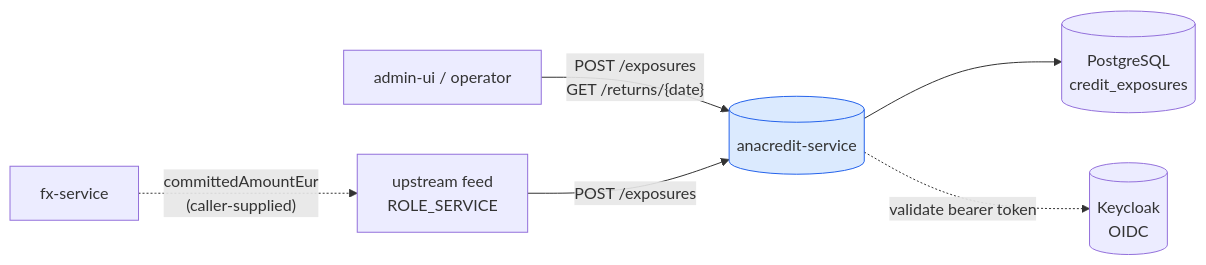
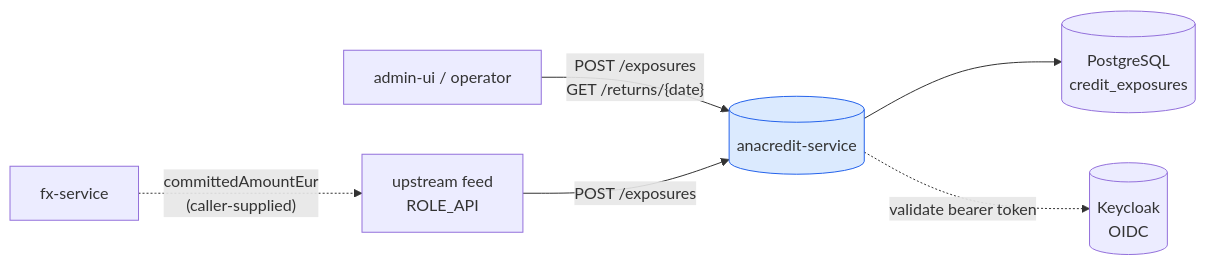
Before and after one commit to JiRaska/open-bank-oss: the first of 3 diagrams in openbank-anacredit-service/src/main/resources/docs/02-architecture.en.md, drawn with Mermaid. The commit also changed 141 other files, not shown here.

````diff
--- a/openbank-anacredit-service/src/main/resources/docs/02-architecture.en.md
+++ b/openbank-anacredit-service/src/main/resources/docs/02-architecture.en.md
@@ -5,18 +5,18 @@
 ```mermaid
 graph LR
   admin[admin-ui / operator]
-  feed[upstream feed<br/>ROLE_SERVICE]
+  feed[upstream feed<br/>ROLE_API]
   fx[fx-service]
 
   ana[(anacredit-service)]:::svc
   store[(PostgreSQL<br/>credit_exposures)]
   kc[(Keycloak<br/>OIDC)]
 
   admin -- "POST /exposures<br/>GET /returns/{date}" --> ana
   feed -- "POST /exposures" --> ana
   fx -. "committedAmountEur<br/>(caller-supplied)" .-> feed
   ana --> store
   ana -. "validate bearer token" .-> kc
 
   classDef svc fill:#dbeafe,stroke:#2563eb
 ```
````
